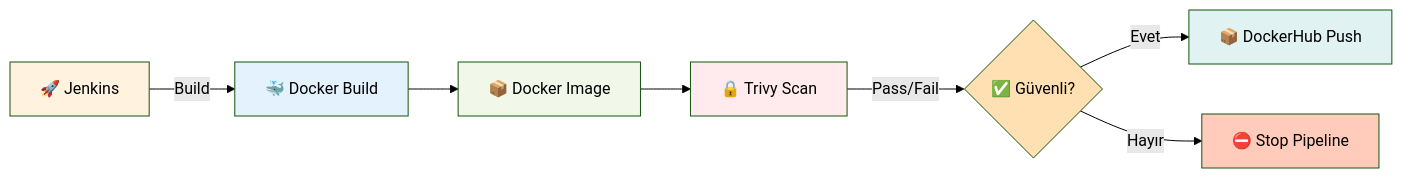
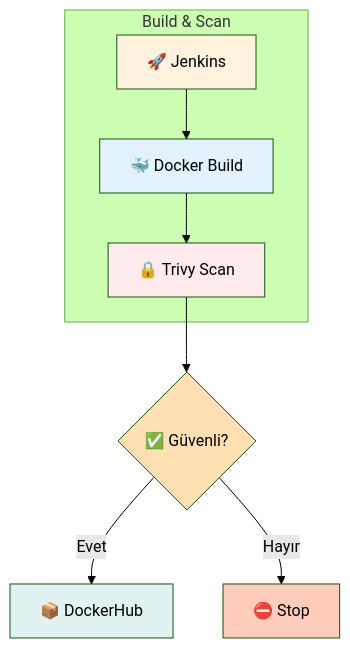
The fourth of 7 diagrams in README.md (onurglr/aws-pipeline), drawn with Mermaid (forest theme) before and after one commit.

````diff
--- a/README.md
+++ b/README.md
@@ -172,17 +172,18 @@
 ```mermaid
-graph LR
-    JM[🚀 Jenkins] -->|Build| D[🐳 Docker Build]
-    D --> IMG[📦 Docker Image]
-    IMG --> T[🔒 Trivy Scan]
-    T -->|Pass/Fail| DEC{✅ Güvenli?}
-    DEC -->|Evet| DH[📦 DockerHub Push]
-    DEC -->|Hayır| STOP[⛔ Stop Pipeline]
+graph TB
+    subgraph "Build & Scan"
+        JM[🚀 Jenkins] --> D[🐳 Docker Build]
+        D --> T[🔒 Trivy Scan]
+    end
+    
+    T --> DEC{✅ Güvenli?}
+    DEC -->|Evet| DH[📦 DockerHub]
+    DEC -->|Hayır| STOP[⛔ Stop]
 
     style JM fill:#fff3e0
     style D fill:#e3f2fd
-    style IMG fill:#f1f8e9
     style T fill:#ffebee
     style DEC fill:#ffe0b2
     style DH fill:#e0f2f1
     style STOP fill:#ffccbc
 ```
````
